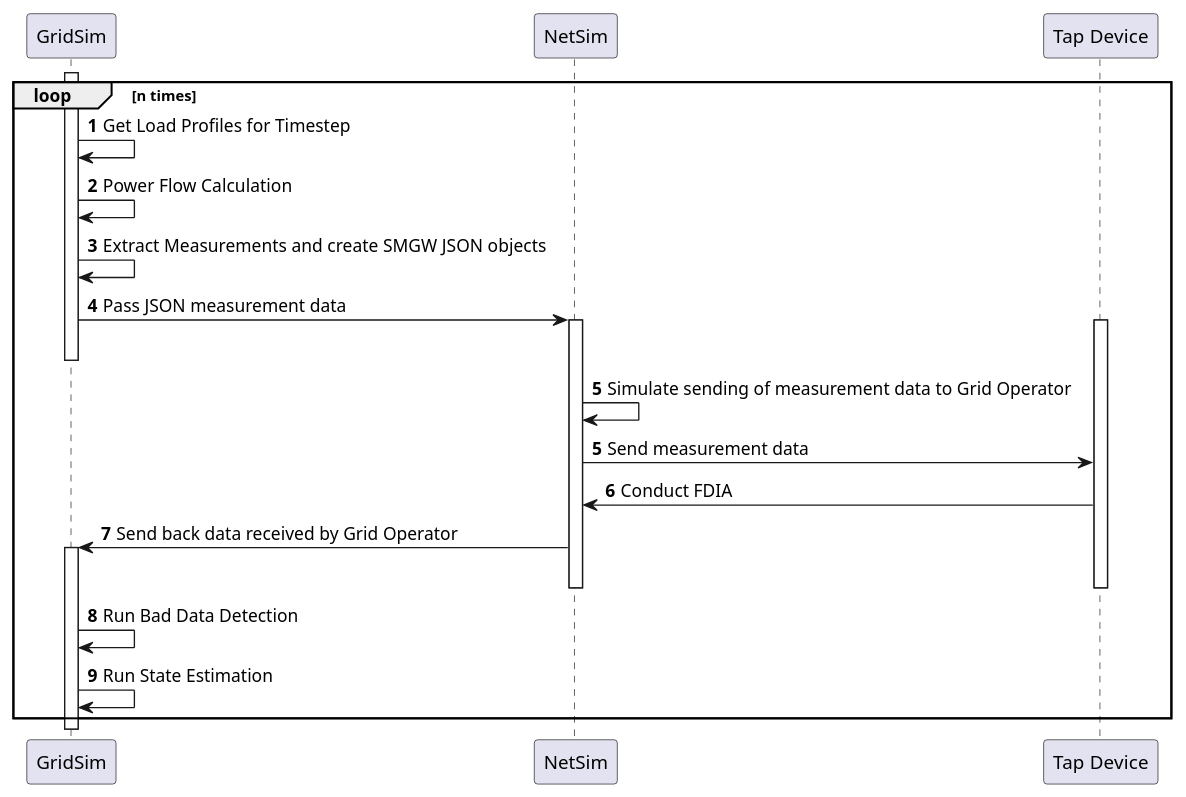
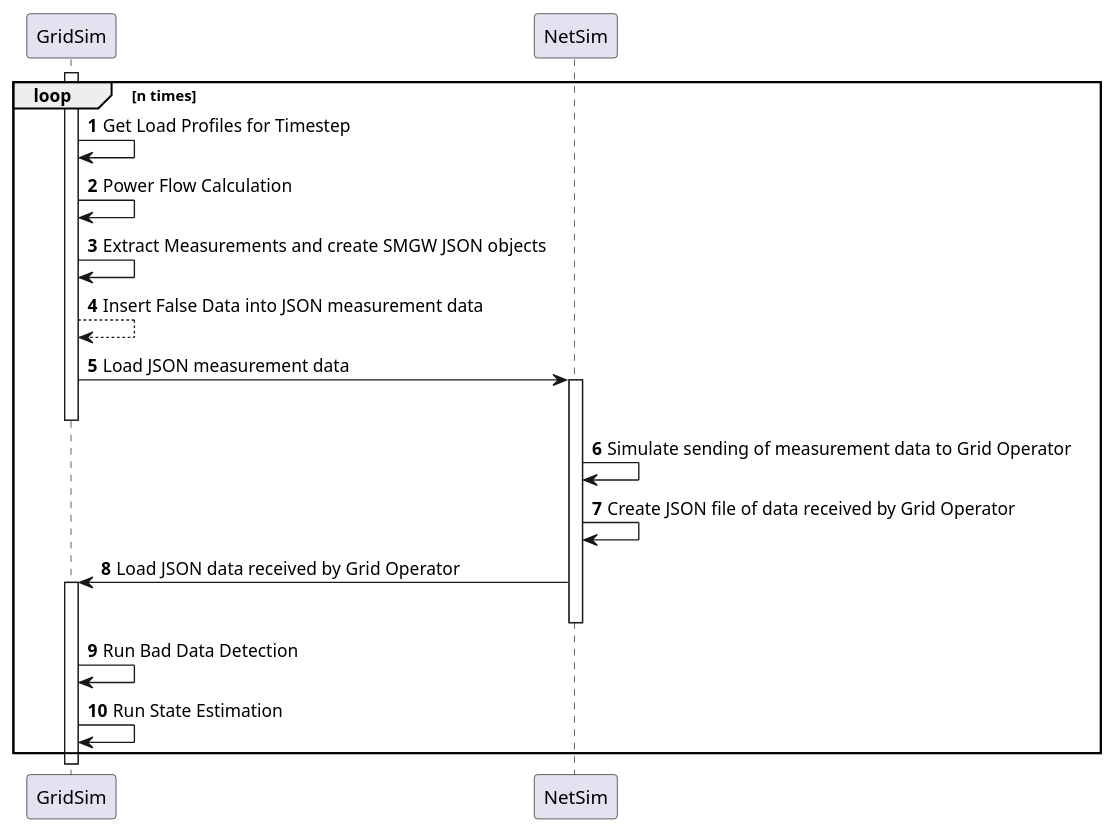
One commit to MoritzVolkman/GridComm-Cosimulation changed the diagram in figures/CoSim.puml. Above: the diagram before and after it, drawn with PlantUML. The commit also changed 3 other files, not shown here.

Commit message:
Updated Sequence Diagrams

```diff
--- a/figures/CoSim.puml
+++ b/figures/CoSim.puml
@@ -1,25 +1,22 @@
 @startuml
 'https://plantuml.com/sequence-diagram
 
 autonumber
 loop n times
     activate GridSim
     GridSim -> GridSim: Get Load Profiles for Timestep
     GridSim -> GridSim: Power Flow Calculation
     GridSim -> GridSim: Extract Measurements and create SMGW JSON objects
-    GridSim -> NetSim: Pass JSON measurement data
+    GridSim --> GridSim: Insert False Data into JSON measurement data
+    GridSim -> NetSim: Load JSON measurement data
     activate NetSim
-    activate "Tap Device"
     deactivate GridSim
     NetSim -> NetSim: Simulate sending of measurement data to Grid Operator
-    autonumber 5
-    NetSim -> "Tap Device": Send measurement data
-    "Tap Device" -> NetSim: Conduct FDIA
-    NetSim -> GridSim: Send back data received by Grid Operator
+    NetSim -> NetSim: Create JSON file of data received by Grid Operator
+    NetSim -> GridSim: Load JSON data received by Grid Operator
     activate GridSim
     deactivate NetSim
-    deactivate "Tap Device"
     GridSim -> GridSim: Run Bad Data Detection
     GridSim -> GridSim: Run State Estimation
 end
 @enduml
```
